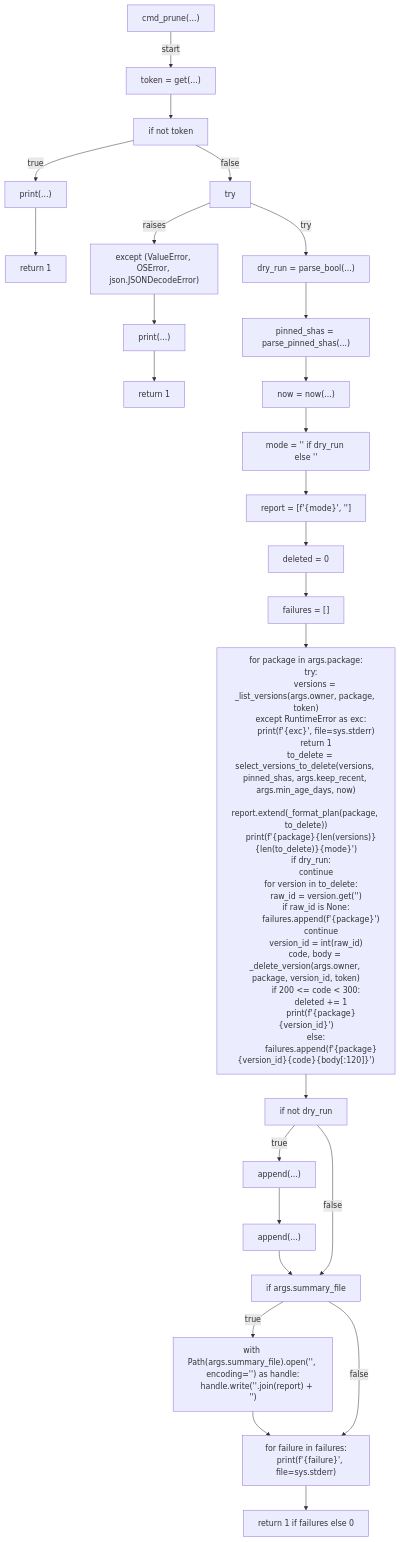
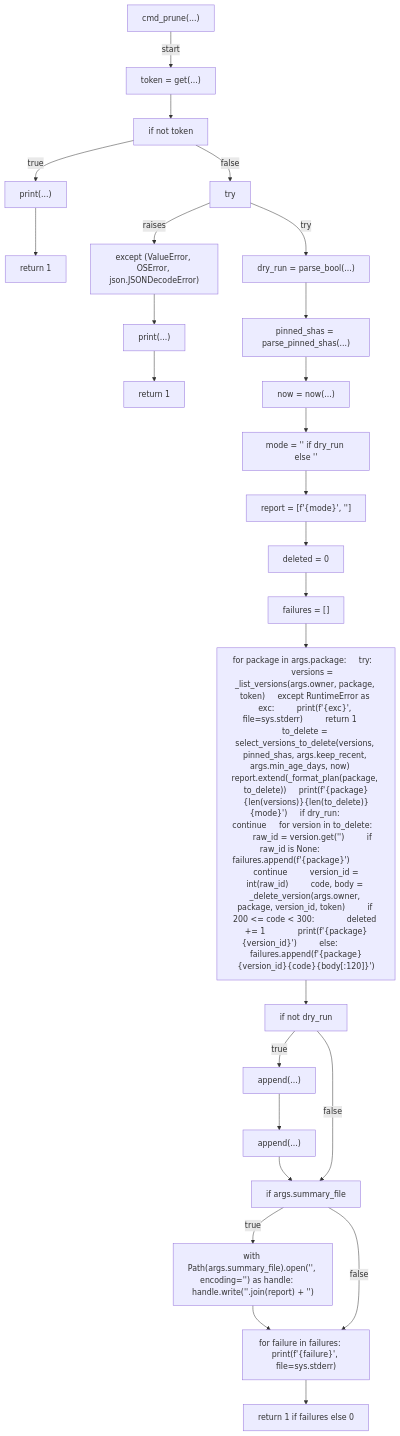
One commit to tvna/claude-md changed diagram 12 of 13 in docs/generated/scripts/ast/prune_devcontainer_images.md. Above: the diagram before and after it, drawn with Mermaid. The commit also changed other lines of this file and 29 other files, not shown here.

First line of the commit message:
docs(generated): regenerate decision tree and workflow diagrams (batch 3/5)

````diff
--- a/docs/generated/scripts/ast/prune_devcontainer_images.md
+++ b/docs/generated/scripts/ast/prune_devcontainer_images.md
@@ -211,76 +182,52 @@
 ```mermaid
 flowchart TD
     N001["cmd_prune(...)"]
     N002["token = get(...)"]
     N003["if not token"]
     N004["print(...)"]
     N005["return 1"]
     N006["try"]
     N007["dry_run = parse_bool(...)"]
     N008["pinned_shas = parse_pinned_shas(...)"]
     N009["except (ValueError, OSError, json.JSONDecodeError)"]
     N010["print(...)"]
     N011["return 1"]
     N012["now = now(...)"]
     N013["mode = '<str>' if dry_run else '<str>'"]
     N014["report = [f'<str>{mode}<str>', '<str>']"]
     N015["deleted = 0"]
     N016["failures = []"]
-    N017["for package in args.package:
-    try:
-        versions = _list_versions(args.owner, package, token)
-    except RuntimeError as exc:
-        print(f'<str>{exc}', file=sys.stderr)
-        return 1
-    to_delete = select_versions_to_delete(versions, pinned_shas, args.keep_recent, args.min_age_days, now)
-    report.extend(_format_plan(package, to_delete))
-    print(f'{package}<str>{len(versions)}<str>{len(to_delete)}<str>{mode}<str>')
-    if dry_run:
-        continue
-    for version in to_delete:
-        raw_id = version.get('<str>')
-        if raw_id is None:
-            failures.append(f'{package}<str>')
-            continue
-        version_id = int(raw_id)
-        code, body = _delete_version(args.owner, package, version_id, token)
-        if 200 <= code < 300:
-            deleted += 1
-            print(f'<str>{package}<str>{version_id}')
-        else:
-            failures.append(f'{package}<str>{version_id}<str>{code}<str>{body[:120]}')"]
+    N017["for package in args.package:     try:         versions = _list_versions(args.owner, package, token)     except RuntimeError as exc:         print(f'<str>{exc}', file=sys.stderr)         return 1     to_delete = select_versions_to_delete(versions, pinned_shas, args.keep_recent, args.min_age_days, now)     report.extend(_format_plan(package, to_delete))     print(f'{package}<str>{len(versions)}<str>{len(to_delete)}<str>{mode}<str>')     if dry_run:         continue     for version in to_delete:         raw_id = version.get('<str>')         if raw_id is None:             failures.append(f'{package}<str>')             continue         version_id = int(raw_id)         code, body = _delete_version(args.owner, package, version_id, token)         if 200 <= code < 300:             deleted += 1             print(f'<str>{package}<str>{version_id}')         else:             failures.append(f'{package}<str>{version_id}<str>{code}<str>{body[:120]}')"]
     N018["if not dry_run"]
     N019["append(...)"]
     N020["append(...)"]
     N021["if args.summary_file"]
-    N022["with Path(args.summary_file).open('<str>', encoding='<str>') as handle:
-    handle.write('<str>'.join(report) + '<str>')"]
-    N023["for failure in failures:
-    print(f'<str>{failure}', file=sys.stderr)"]
+    N022["with Path(args.summary_file).open('<str>', encoding='<str>') as handle:     handle.write('<str>'.join(report) + '<str>')"]
+    N023["for failure in failures:     print(f'<str>{failure}', file=sys.stderr)"]
     N024["return 1 if failures else 0"]
     N001 -->|"start"| N002
     N002 --> N003
     N003 -->|"true"| N004
     N004 --> N005
     N003 -->|"false"| N006
     N006 -->|"try"| N007
     N007 --> N008
     N006 -->|"raises"| N009
     N009 --> N010
     N010 --> N011
     N008 --> N012
     N012 --> N013
     N013 --> N014
     N014 --> N015
     N015 --> N016
     N016 --> N017
     N017 --> N018
     N018 -->|"true"| N019
     N019 --> N020
     N020 --> N021
     N018 -->|"false"| N021
     N021 -->|"true"| N022
     N022 --> N023
     N021 -->|"false"| N023
     N023 --> N024
 ```
````
